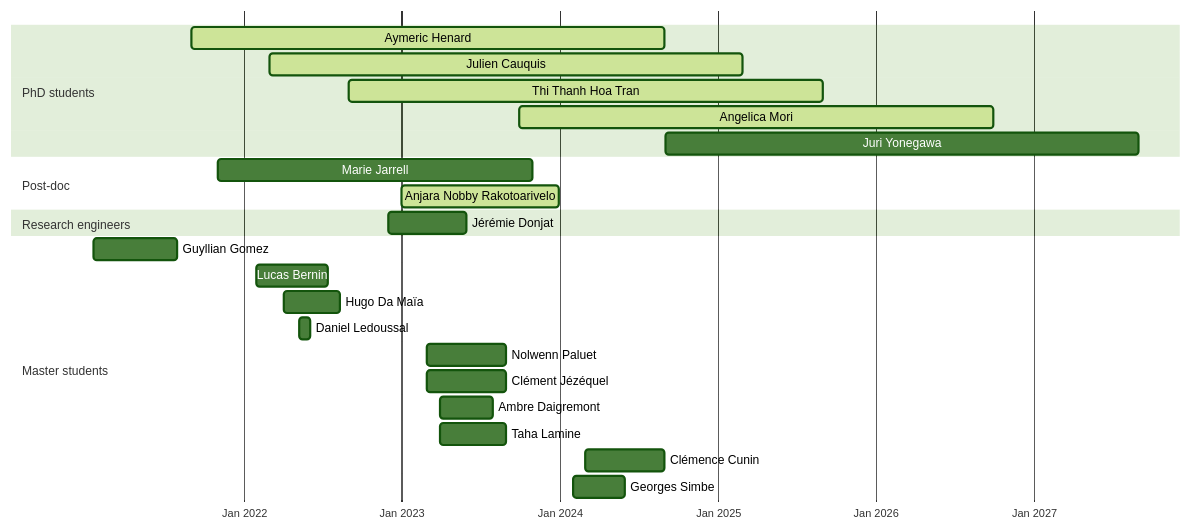
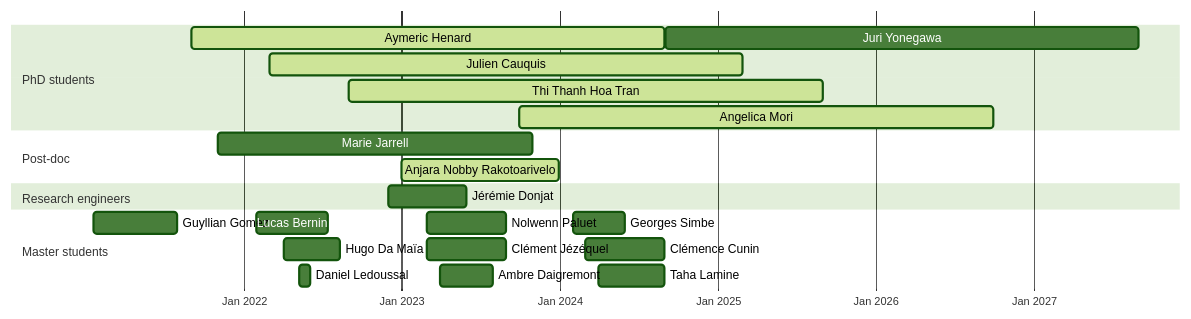
One commit to EPeillard/academic-website changed the diagram in content/resume/supervision.md. Above: the diagram before and after it, drawn with Mermaid (forest theme).

Commit message:
fix and test compact mode

```diff
--- a/content/resume/supervision.md
+++ b/content/resume/supervision.md
@@ -14,29 +14,32 @@
 {{< mermaid >}}
+---
+displayMode: compact
+---
   gantt
     dateFormat  YYYY-MM-DD
     axisFormat  %b %Y
     todayMarker off
 
     section PhD students
         Aymeric Henard   : active, aHenard, 2021-09-01, 2024-08-31
         Julien Cauquis   : active, 2022-03-01, 2025-02-28
         Thi Thanh Hoa Tran : active, 2022-09-01, 2025-08-31
         Angelica Mori : active, 2023-10-01, 2026-09-30
         Juri Yonegawa : 2024-09-01, 2027-08-31
     section Post-doc
         Marie Jarrell   : 2021-11-01, 2023-10-31
         Anjara Nobby Rakotoarivelo  : active, 2023-01-01, 2023-12-31
     section Research engineers
         Jérémie Donjat  : 2022-12-01, 2023-05-31
     section Master students
         Guyllian Gomez: 2021-01-19, 2021-07-30
         Lucas Bernin: 2022-01-31, 2022-07-15
         Hugo Da Maïa: 2022-04-04, 2022-08-12
         Daniel Ledoussal: 2022-05-09, 2022-06-03
         Nolwenn Paluet: 2023-03-01, 2023-08-31
         Clément Jézéquel: 2023-03-01, 2023-08-31
         Ambre Daigremont: 2023-04-01, 2023-07-31
-        Taha Lamine: 2023-04-01, 2023-08-31
+        Taha Lamine: 2024-04-01, 2024-08-31
         Clémence Cunin: 2024-03-01, 2024-08-31
         Georges Simbe: 2024-02-01, 2024-05-31
 {{< /mermaid >}}
```
